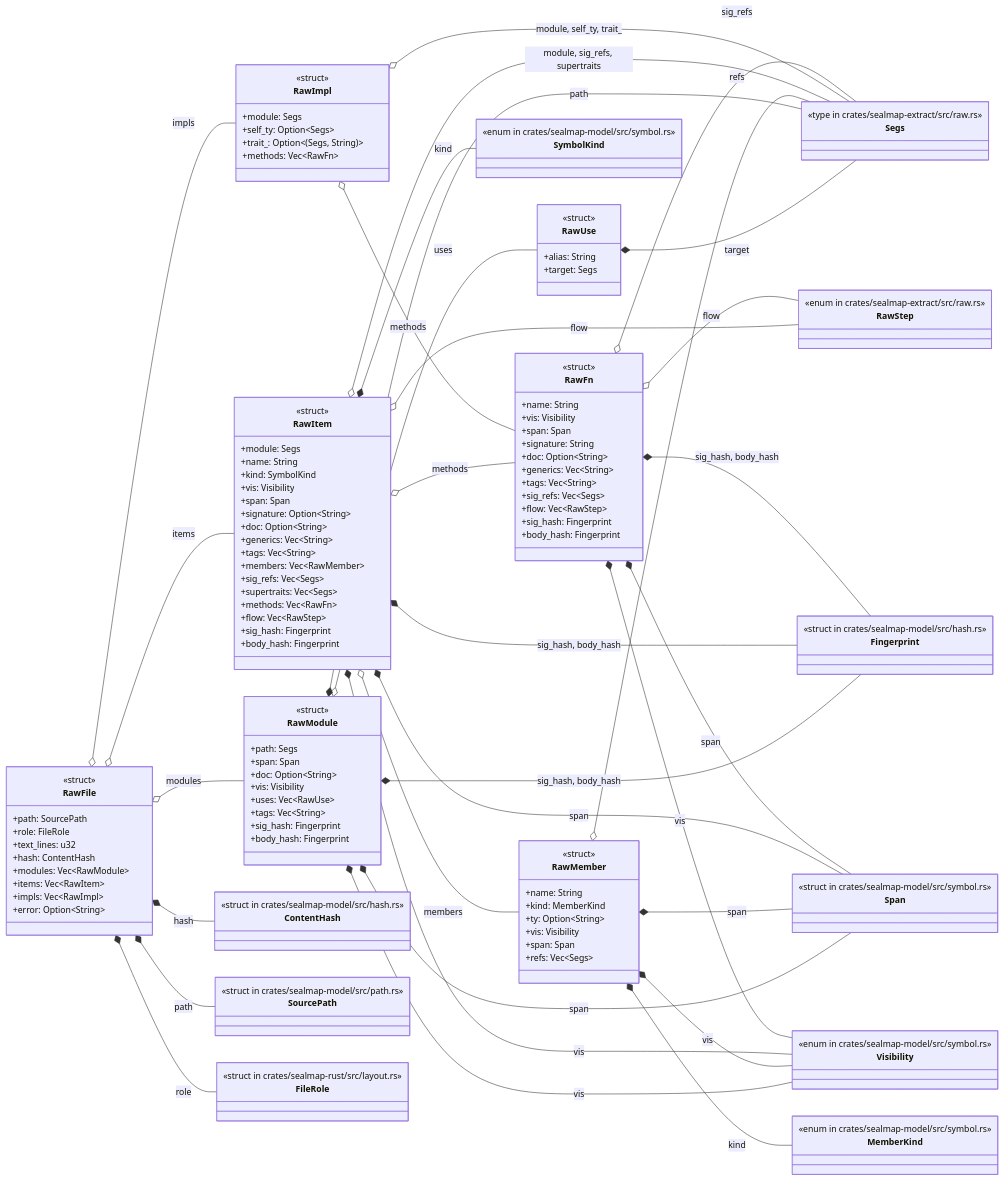
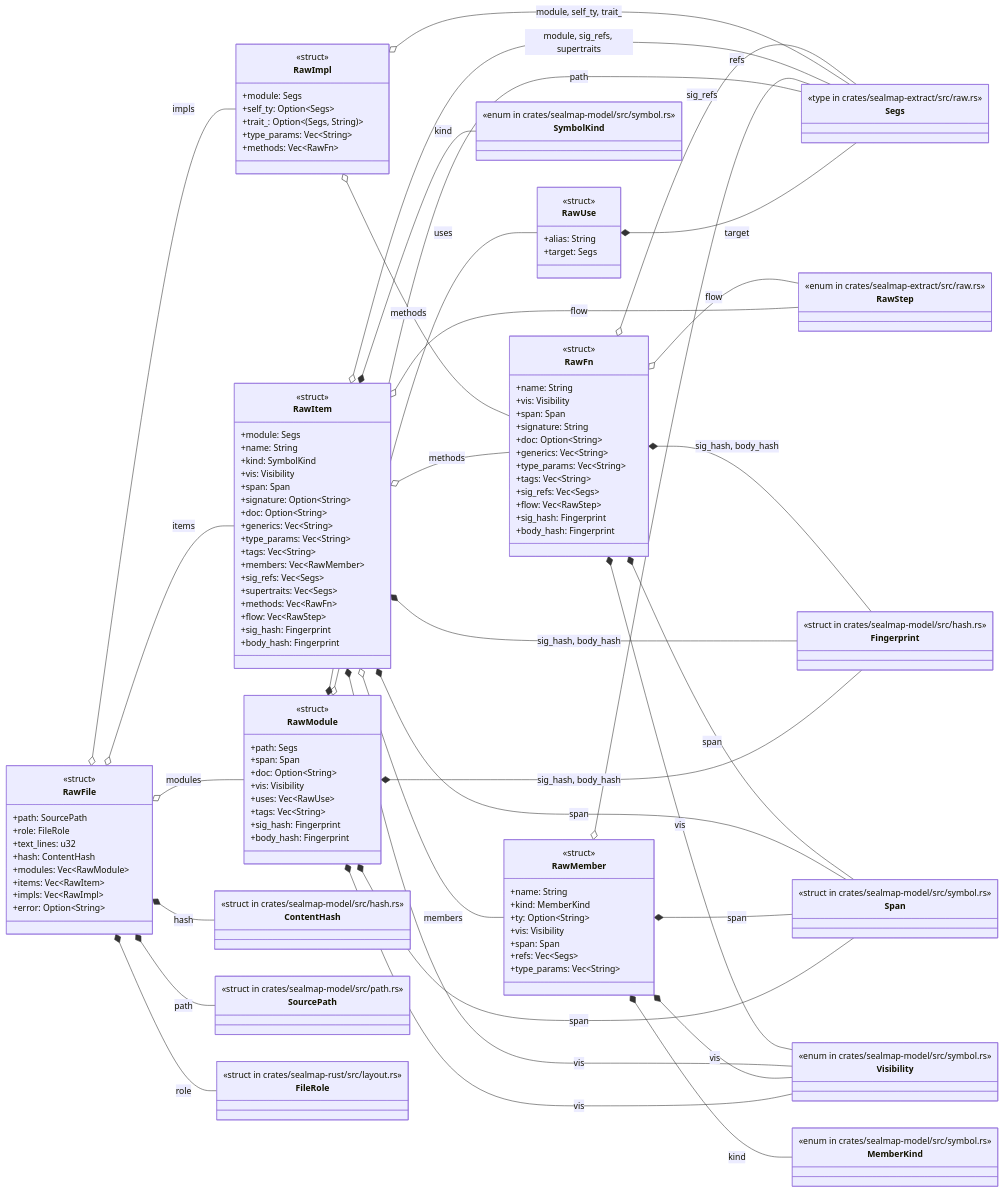
One commit to DreamLab-AI/codemaid changed the diagram in docs/sealmap/crates/sealmap-rust/src/raw.rs.md. Above: the diagram before and after it, drawn with Mermaid. The commit also changed other lines of this file and 8 other files, not shown here.

```diff
--- a/docs/sealmap/crates/sealmap-rust/src/raw.rs.md
+++ b/docs/sealmap/crates/sealmap-rust/src/raw.rs.md
@@ -33,6 +33,7 @@
     +signature: String
     +doc: Option#lt;String#gt;
     +generics: Vec#lt;String#gt;
+    +type_params: Vec#lt;String#gt;
     +tags: Vec#lt;String#gt;
     +sig_refs: Vec#lt;Segs#gt;
     +flow: Vec#lt;RawStep#gt;
@@ -44,6 +45,7 @@
     +module: Segs
     +self_ty: Option#lt;Segs#gt;
     +trait_: Option#lt;#40;Segs, String#41;#gt;
+    +type_params: Vec#lt;String#gt;
     +methods: Vec#lt;RawFn#gt;
   }
   class sealmap_rust__raw___tRawItem["RawItem"] {
@@ -56,6 +58,7 @@
     +signature: Option#lt;String#gt;
     +doc: Option#lt;String#gt;
     +generics: Vec#lt;String#gt;
+    +type_params: Vec#lt;String#gt;
     +tags: Vec#lt;String#gt;
     +members: Vec#lt;RawMember#gt;
     +sig_refs: Vec#lt;Segs#gt;
@@ -73,6 +76,7 @@
     +vis: Visibility
     +span: Span
     +refs: Vec#lt;Segs#gt;
+    +type_params: Vec#lt;String#gt;
   }
   class sealmap_rust__raw___tRawModule["RawModule"] {
     <<struct>>
```
